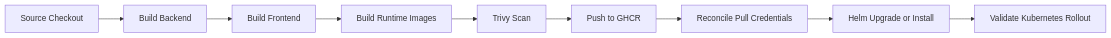
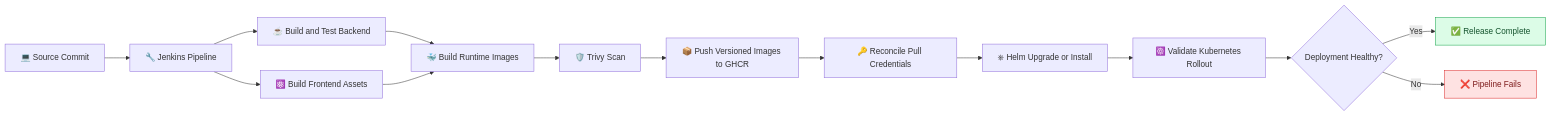
Before and after one commit to SshaikP/skill-orbit: the fifth of 6 diagrams in README.md, drawn with Mermaid. The commit also changed other lines of this file, not shown here.

````diff
--- a/README.md
+++ b/README.md
@@ -90,11 +199,21 @@
 ```mermaid
 flowchart LR
-    G[Source Checkout] --> B[Build Backend]
-    B --> F[Build Frontend]
-    F --> I[Build Runtime Images]
-    I --> T[Trivy Scan]
-    T --> R[Push to GHCR]
-    R --> C[Reconcile Pull Credentials]
-    C --> H[Helm Upgrade or Install]
-    H --> V[Validate Kubernetes Rollout]
+    Git[💻 Source Commit] --> Jenkins[🔧 Jenkins Pipeline]
+    Jenkins --> BackendBuild[☕ Build and Test Backend]
+    Jenkins --> FrontendBuild[⚛️ Build Frontend Assets]
+    BackendBuild --> Images[🐳 Build Runtime Images]
+    FrontendBuild --> Images
+    Images --> Scan[🛡️ Trivy Scan]
+    Scan --> Registry[📦 Push Versioned Images to GHCR]
+    Registry --> Credentials[🔑 Reconcile Pull Credentials]
+    Credentials --> Helm[⎈ Helm Upgrade or Install]
+    Helm --> Rollout[☸️ Validate Kubernetes Rollout]
+    Rollout --> Result{Deployment Healthy?}
+    Result -->|Yes| Success[✅ Release Complete]
+    Result -->|No| Failure[❌ Pipeline Fails]
+
+    classDef success fill:#dcfce7,stroke:#16a34a,color:#14532d
+    classDef failure fill:#fee2e2,stroke:#dc2626,color:#7f1d1d
+    class Success success
+    class Failure failure
 ```
````
